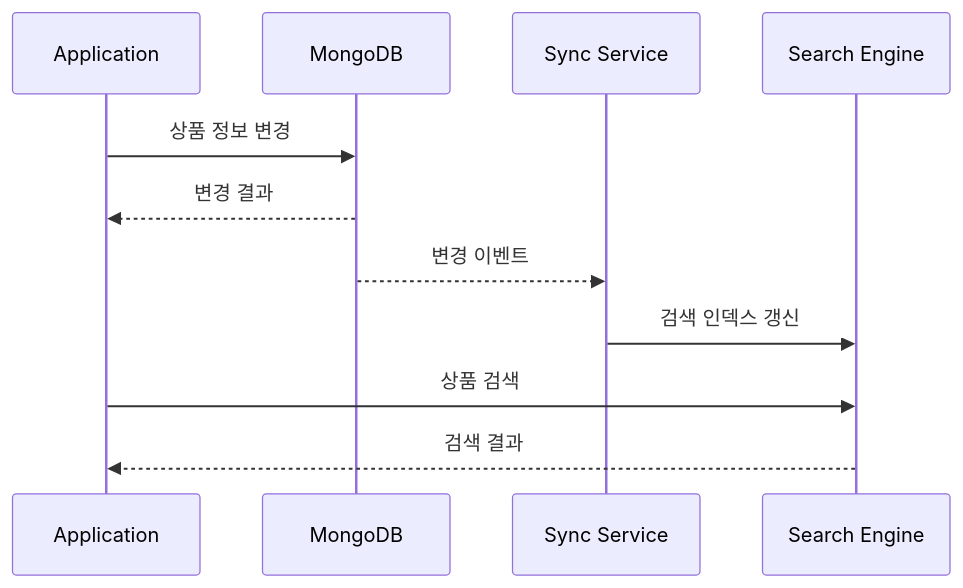
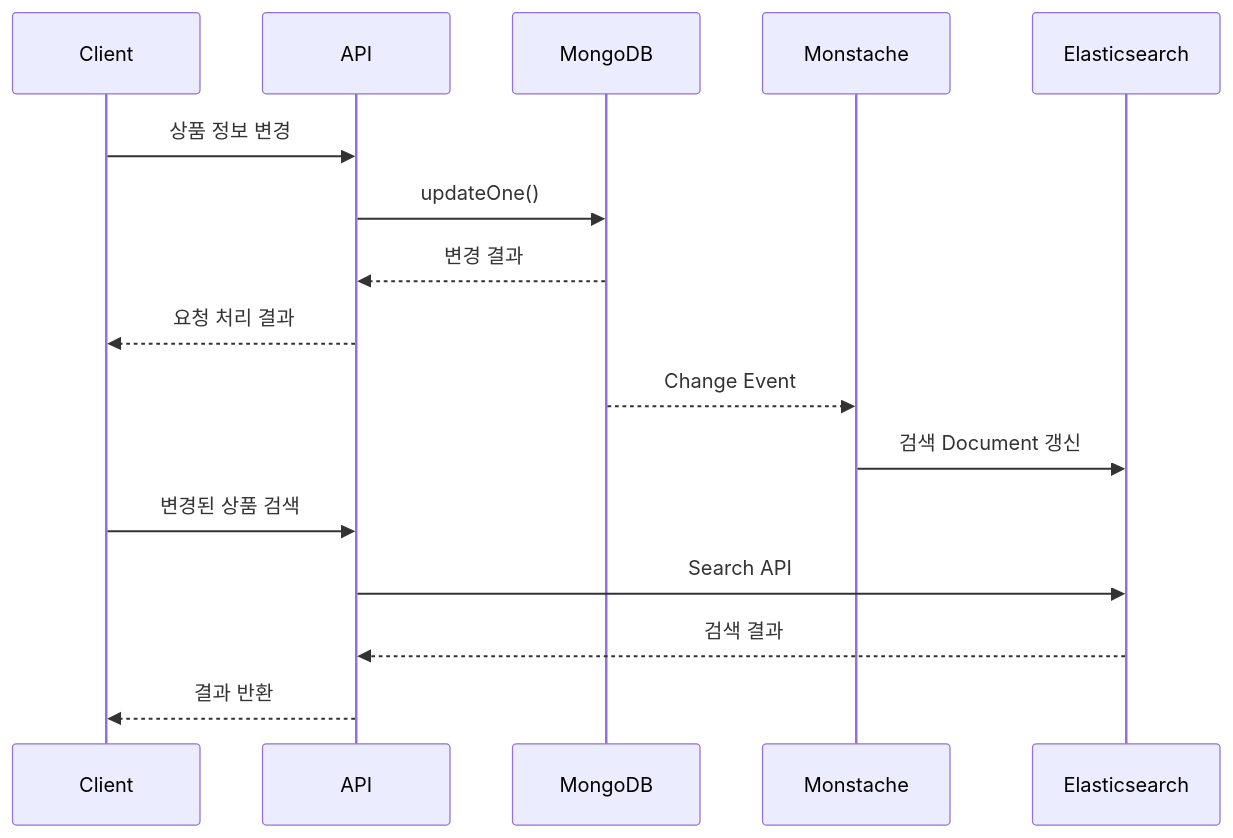
Before and after one commit to ysiksik/ysiksik.github.io: the fourth of 12 diagrams in _posts/study/smart-learning-ent/nosql-mongodb-easy-for-anyone-to-learn/2026-11-12-text-search-and-utilizing-indexes.md, drawn with Mermaid. The commit also changed other lines of this file, not shown here.

````diff
--- a/_posts/study/smart-learning-ent/nosql-mongodb-easy-for-anyone-to-learn/2026-11-12-text-search-and-utilizing-indexes.md
+++ b/_posts/study/smart-learning-ent/nosql-mongodb-easy-for-anyone-to-learn/2026-11-12-text-search-and-utilizing-indexes.md
@@ -332,16 +320,22 @@
 ```mermaid
 sequenceDiagram
-    participant App as Application
-    participant Mongo as MongoDB
-    participant Sync as Sync Service
-    participant Search as Search Engine
+    participant Client
+    participant API
+    participant MongoDB
+    participant Monstache
+    participant Elasticsearch
 
-    App->>Mongo: 상품 정보 변경
-    Mongo-->>App: 변경 결과
+    Client->>API: 상품 정보 변경
+    API->>MongoDB: updateOne()
 
-    Mongo-->>Sync: 변경 이벤트
-    Sync->>Search: 검색 인덱스 갱신
+    MongoDB-->>API: 변경 결과
+    API-->>Client: 요청 처리 결과
 
-    App->>Search: 상품 검색
-    Search-->>App: 검색 결과
+    MongoDB-->>Monstache: Change Event
+    Monstache->>Elasticsearch: 검색 Document 갱신
+
+    Client->>API: 변경된 상품 검색
+    API->>Elasticsearch: Search API
+    Elasticsearch-->>API: 검색 결과
+    API-->>Client: 결과 반환
 ```
````
